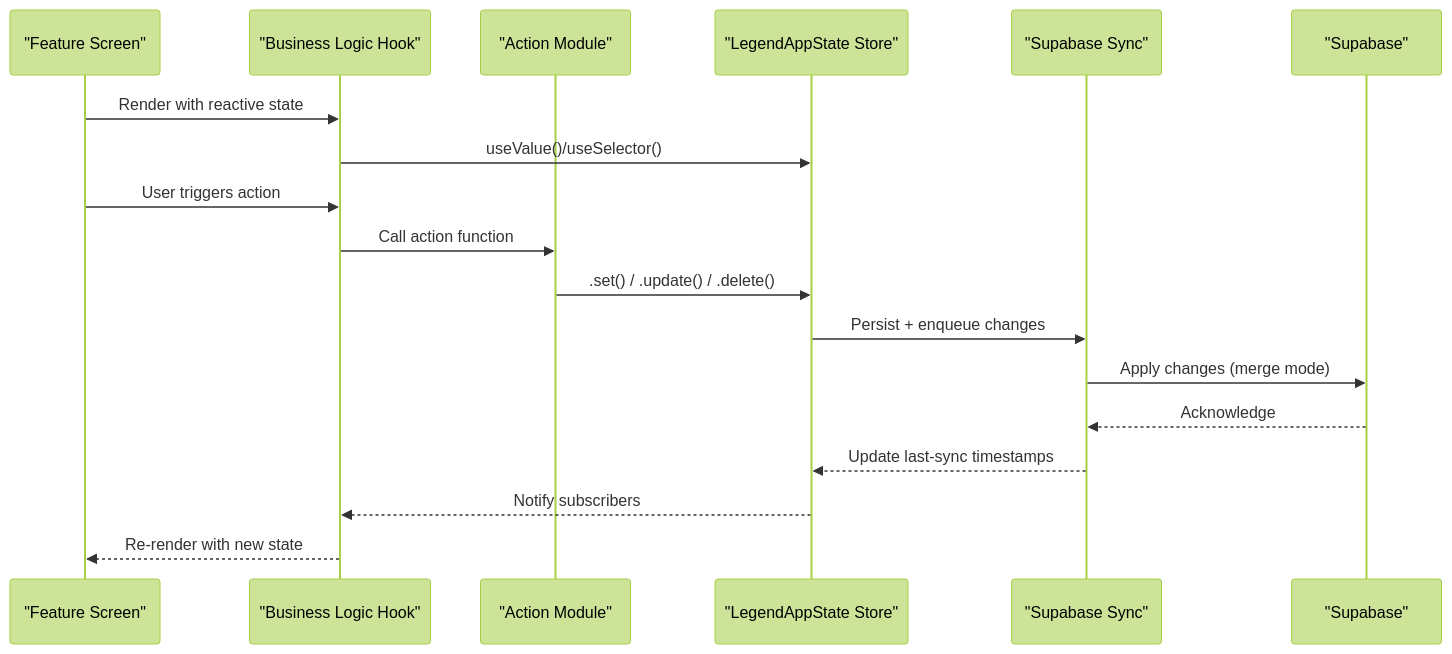
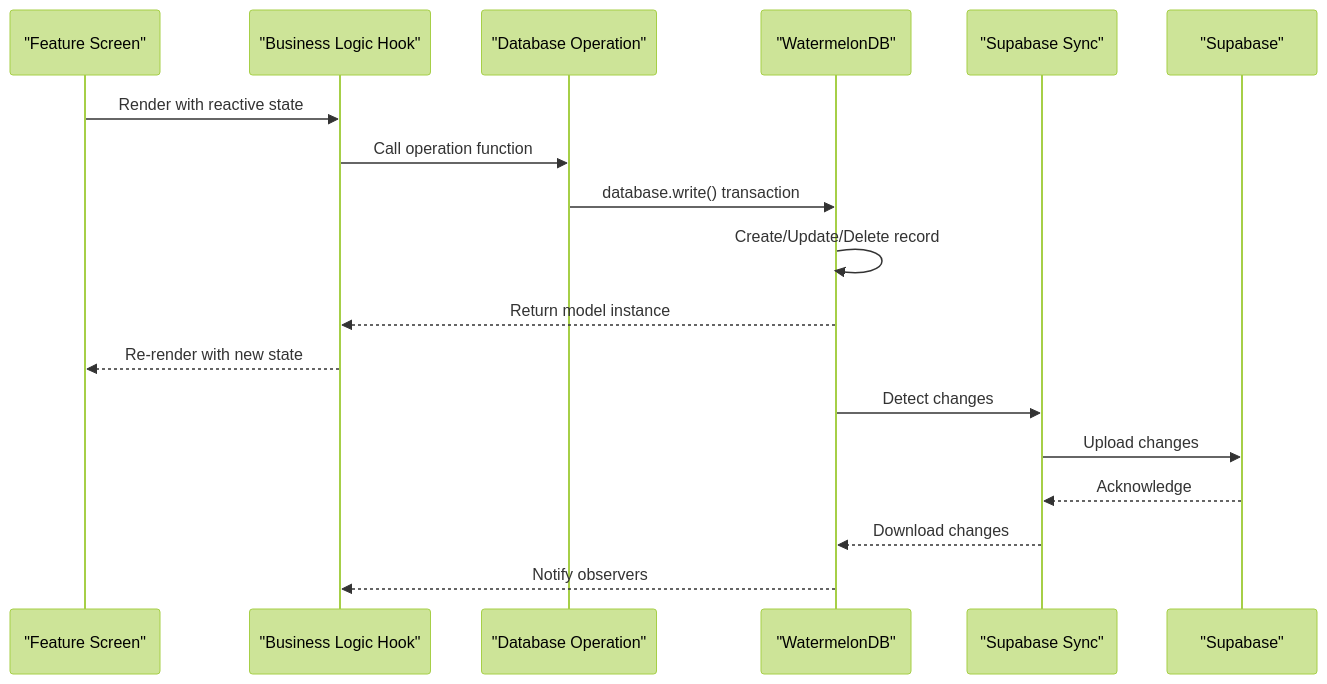
One commit to karllasouzza/PowerLists changed the second of 5 diagrams in .qoder/repowiki/en/content/Architecture Overview/State Management Architecture.md. Above: the diagram before and after it, drawn with Mermaid (forest theme). The commit also changed other lines of this file and 5 other files, not shown here.

First line of the commit message:
docs(database): add comprehensive WatermelonDB integration and migrate state management

````diff
--- a/.qoder/repowiki/en/content/Architecture Overview/State Management Architecture.md
+++ b/.qoder/repowiki/en/content/Architecture Overview/State Management Architecture.md
@@ -128,20 +127,20 @@
 ```mermaid
 sequenceDiagram
 participant UI as "Feature Screen"
 participant Hook as "Business Logic Hook"
-participant Action as "Action Module"
-participant Store as "LegendAppState Store"
+participant Op as "Database Operation"
+participant DB as "WatermelonDB"
 participant Sync as "Supabase Sync"
 participant Cloud as "Supabase"
 UI->>Hook : Render with reactive state
-Hook->>Store : useValue()/useSelector()
-UI->>Hook : User triggers action
-Hook->>Action : Call action function
-Action->>Store : .set() / .update() / .delete()
-Store->>Sync : Persist + enqueue changes
-Sync->>Cloud : Apply changes (merge mode)
+Hook->>Op : Call operation function
+Op->>DB : database.write() transaction
+DB->>DB : Create/Update/Delete record
+DB-->>Hook : Return model instance
+Hook-->>UI : Re-render with new state
+DB->>Sync : Detect changes
+Sync->>Cloud : Upload changes
 Cloud-->>Sync : Acknowledge
-Sync-->>Store : Update last-sync timestamps
-Store-->>Hook : Notify subscribers
-Hook-->>UI : Re-render with new state
+Sync-->>DB : Download changes
+DB-->>Hook : Notify observers
 ```
````
